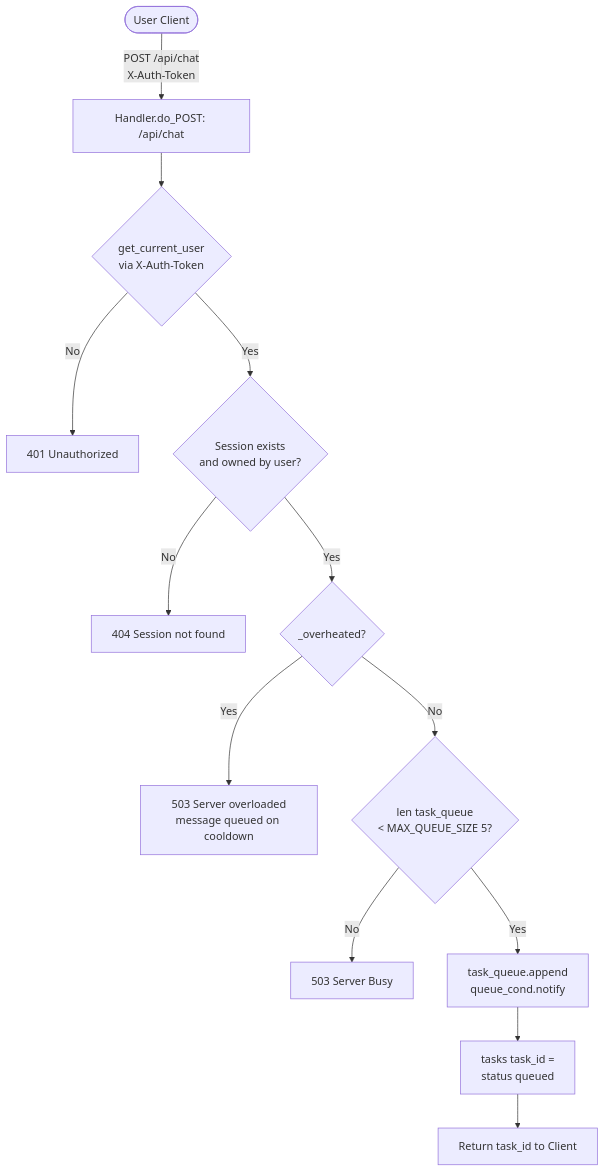
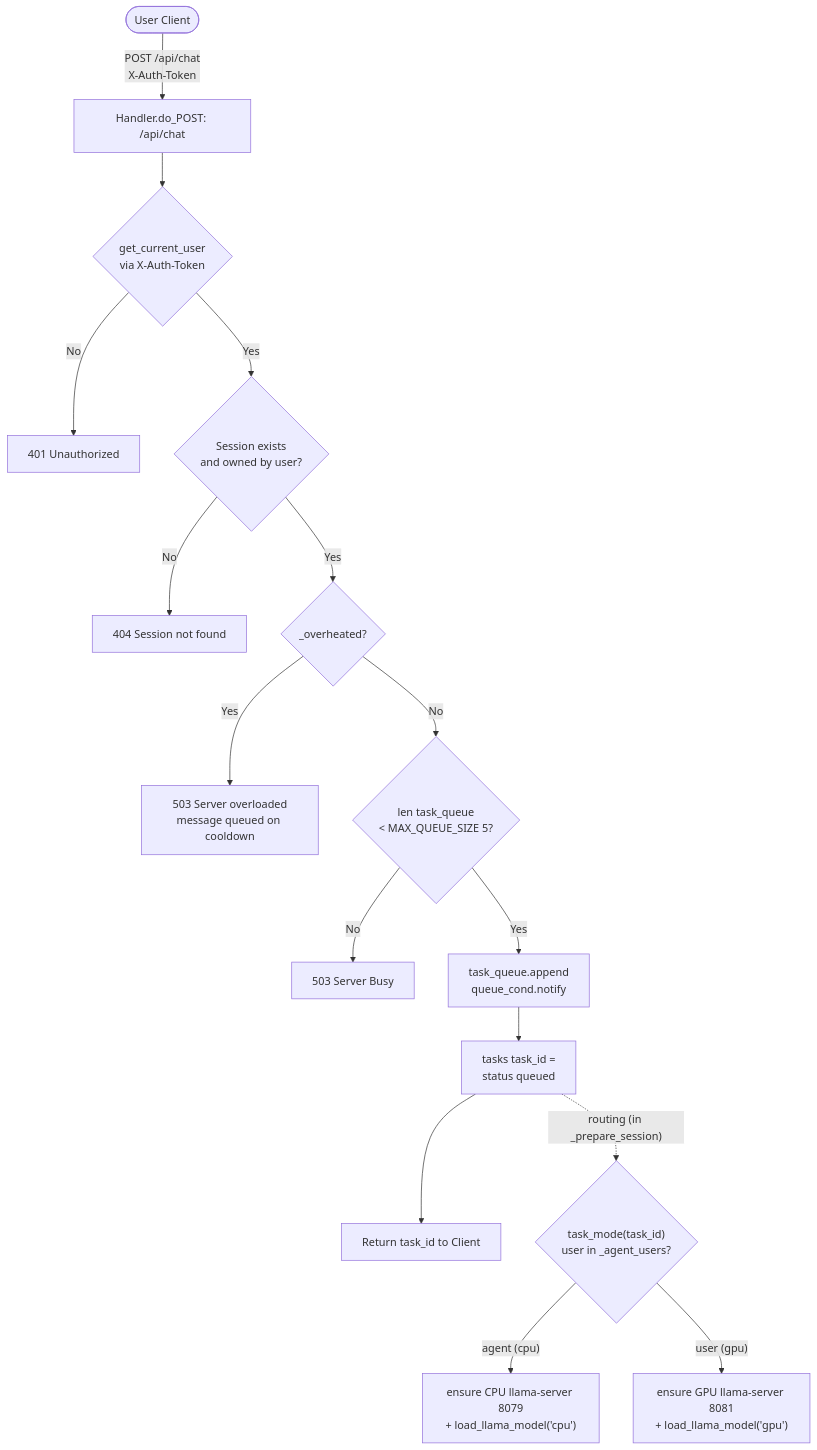
One commit to Palash90/local-ai changed the seventh of 12 diagrams in README.md. Above: the diagram before and after it, drawn with Mermaid. The commit also changed other lines of this file and 15 other files, not shown here.

````diff
--- a/README.md
+++ b/README.md
@@ -330,18 +369,22 @@
 ```mermaid
 graph TD
     Client([User Client]) -->|"POST /api/chat\nX-Auth-Token"| EndpointChat
 
     EndpointChat["Handler.do_POST: /api/chat"]
     EndpointChat --> AuthCheck{"get_current_user\nvia X-Auth-Token"}
     AuthCheck -- No --> AuthErr[401 Unauthorized]
     AuthCheck -- Yes --> SessionCheck{"Session exists\nand owned by user?"}
     SessionCheck -- No --> SessionErr[404 Session not found]
     SessionCheck -- Yes --> TempCheck{"_overheated?"}
     TempCheck -- Yes --> ThermalErr["503 Server overloaded\nmessage queued on cooldown"]
     TempCheck -- No --> QueueCheck{"len task_queue\n< MAX_QUEUE_SIZE 5?"}
     QueueCheck -- No --> QueueBusy[503 Server Busy]
 
     QueueCheck -- Yes --> EnqueueTask["task_queue.append\nqueue_cond.notify"]
     EnqueueTask --> TaskInit["tasks task_id =\nstatus queued"]
     TaskInit --> ReturnTaskID["Return task_id to Client"]
+
+    TaskInit -. "routing (in _prepare_session)" .-> Route{"task_mode(task_id)\nuser in _agent_users?"}
+    Route -- "agent (cpu)" --> RouteCPU["ensure CPU llama-server 8079\n+ load_llama_model('cpu')"]
+    Route -- "user (gpu)" --> RouteGPU["ensure GPU llama-server 8081\n+ load_llama_model('gpu')"]
 ```
````
